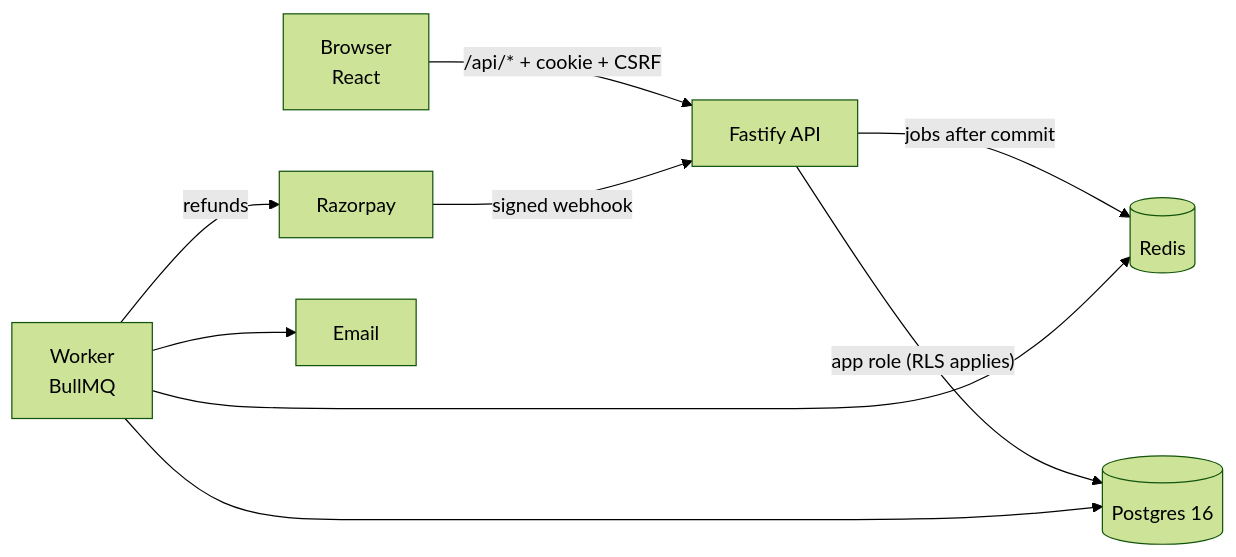
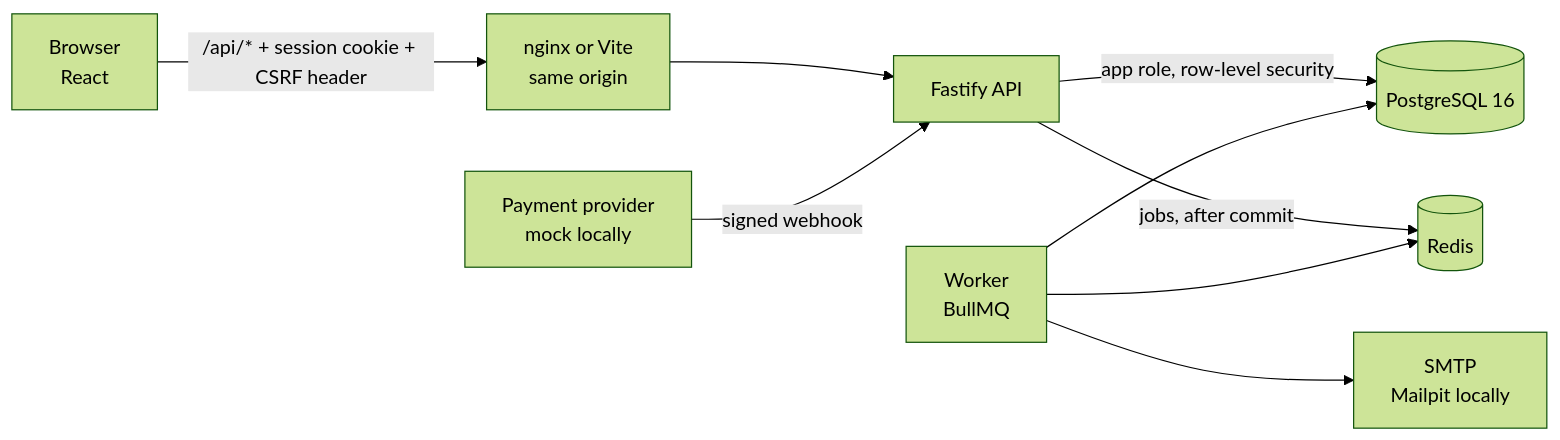
One commit to Ethan-Thomas-Mathew/slotwise changed the diagram in README.md. Above: the diagram before and after it, drawn with Mermaid (forest theme). The commit also changed other lines of this file and 6 other files, not shown here.

Commit message:
Rewrite the README: problem, screenshot, data flow, quick start, decisions, benchmarks, limitations

````diff
--- a/README.md
+++ b/README.md
@@ -29,11 +17,11 @@
 ```mermaid
 flowchart LR
-  B[Browser<br/>React] -- "/api/* + cookie + CSRF" --> API[Fastify API]
-  RP[Razorpay] -- signed webhook --> API
-  API -- "app role (RLS applies)" --> PG[(Postgres 16)]
-  API -- jobs after commit --> R[(Redis)]
+  B[Browser<br/>React] -- "/api/* + session cookie + CSRF header" --> N[nginx or Vite<br/>same origin]
+  N --> A[Fastify API]
+  P[Payment provider<br/>mock locally] -- signed webhook --> A
+  A -- "app role, row-level security" --> PG[(PostgreSQL 16)]
+  A -- "jobs, after commit" --> R[(Redis)]
   W[Worker<br/>BullMQ] --> R
   W --> PG
-  W --> SMTP[Email]
-  W -- refunds --> RP
+  W --> M[SMTP<br/>Mailpit locally]
 ```
````
